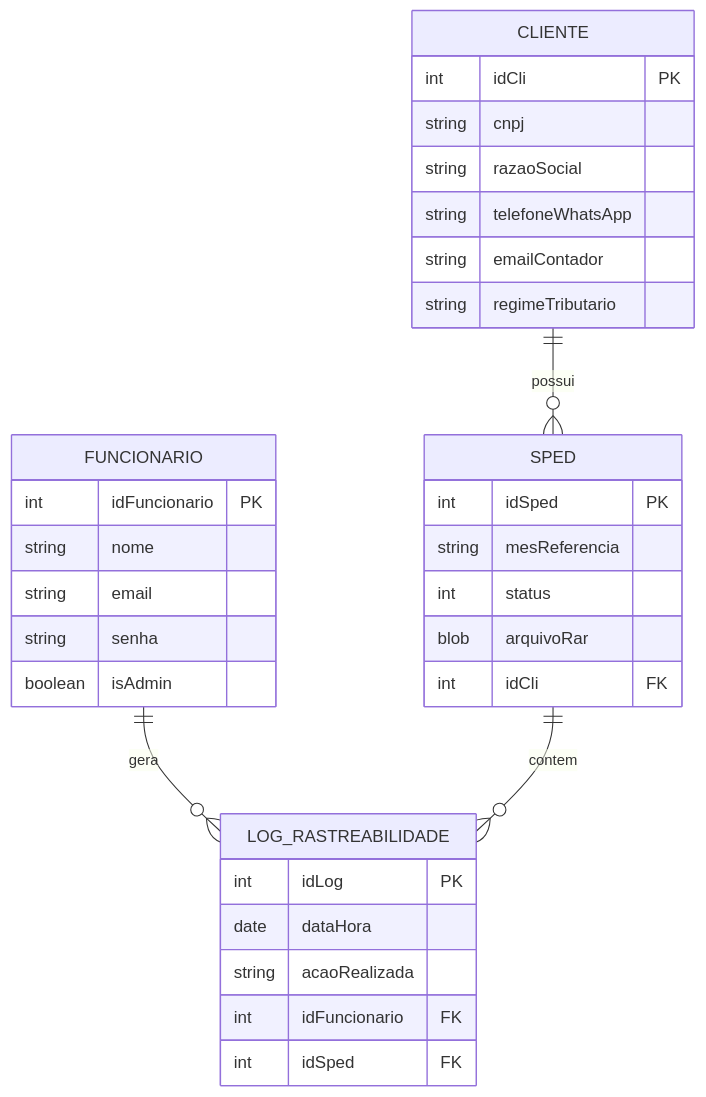
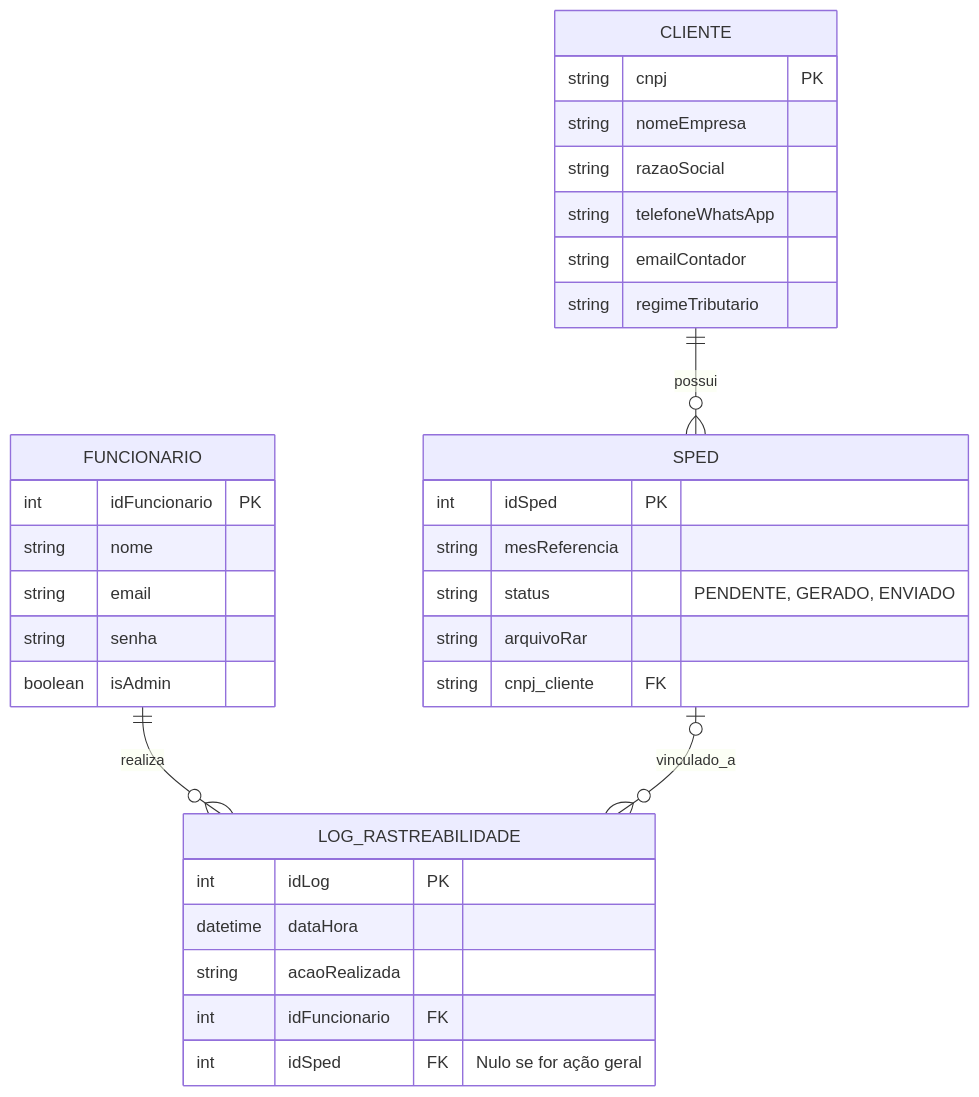
The second of 2 diagrams in docs/doc-modelos.md (Renan988/Projeto-Engenharia-I), drawn with Mermaid before and after one commit. The commit also changed other lines of this file, not shown here.

Commit message:
docs: fix arrumando relação de funcionario x logRastreabilidade x SPED no diagrama E-R

````diff
--- a/docs/doc-modelos.md
+++ b/docs/doc-modelos.md
@@ -72,39 +73,39 @@
 ```mermaid
 erDiagram
+    FUNCIONARIO ||--o{ LOG_RASTREABILIDADE : "realiza"
+    CLIENTE ||--o{ SPED : "possui"
+    SPED |o--o{ LOG_RASTREABILIDADE : "vinculado_a"
+
     FUNCIONARIO {
         int idFuncionario PK
         string nome
         string email
         string senha
         boolean isAdmin
     }
 
     LOG_RASTREABILIDADE {
         int idLog PK
-        date dataHora
+        datetime dataHora
         string acaoRealizada
         int idFuncionario FK
-        int idSped FK
+        int idSped FK "Nulo se for ação geral"
     }
 
     CLIENTE {
-        int idCli PK
-        string cnpj
+        string cnpj PK
+        string nomeEmpresa
         string razaoSocial
         string telefoneWhatsApp
         string emailContador
         string regimeTributario
     }
 
     SPED {
         int idSped PK
         string mesReferencia
-        int status
-        blob arquivoRar
-        int idCli FK
+        string status "PENDENTE, GERADO, ENVIADO"
+        string arquivoRar
+        string cnpj_cliente FK
     }
-
-    FUNCIONARIO ||--o{ LOG_RASTREABILIDADE : "gera"
-    CLIENTE ||--o{ SPED : "possui"
-    SPED ||--o{ LOG_RASTREABILIDADE : "contem"
 ```
````
